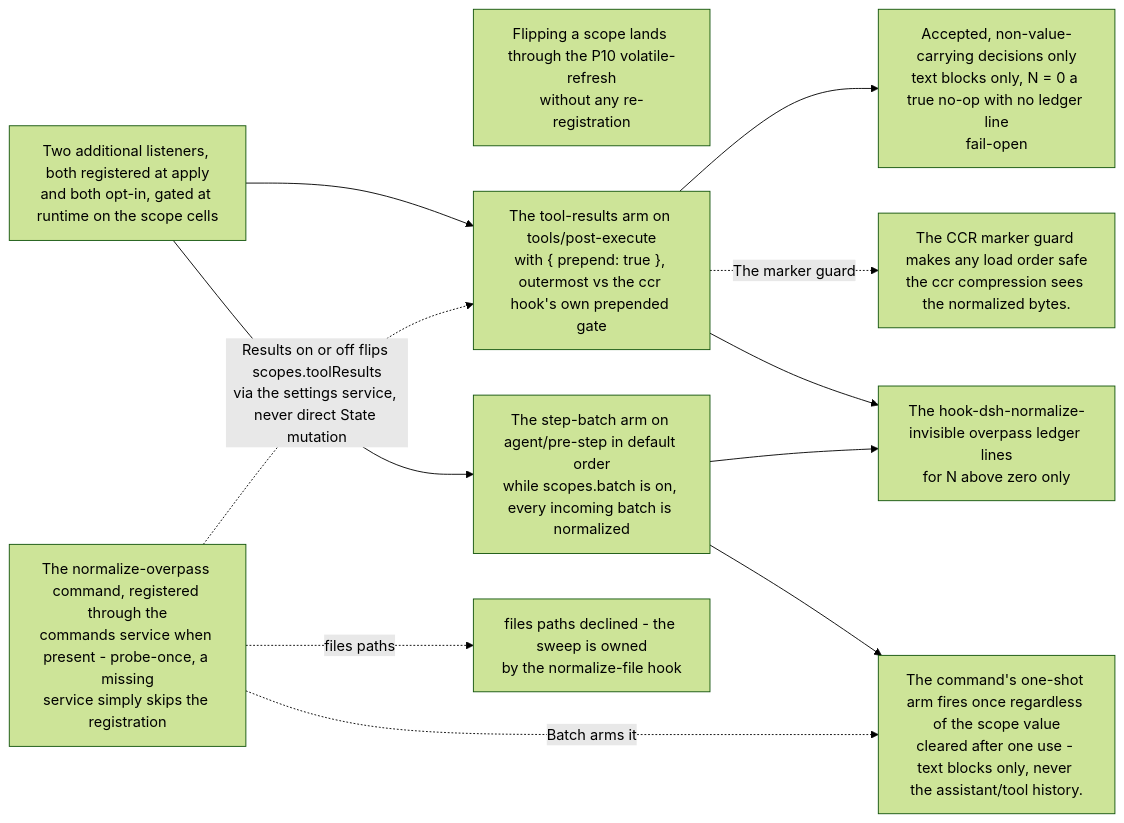
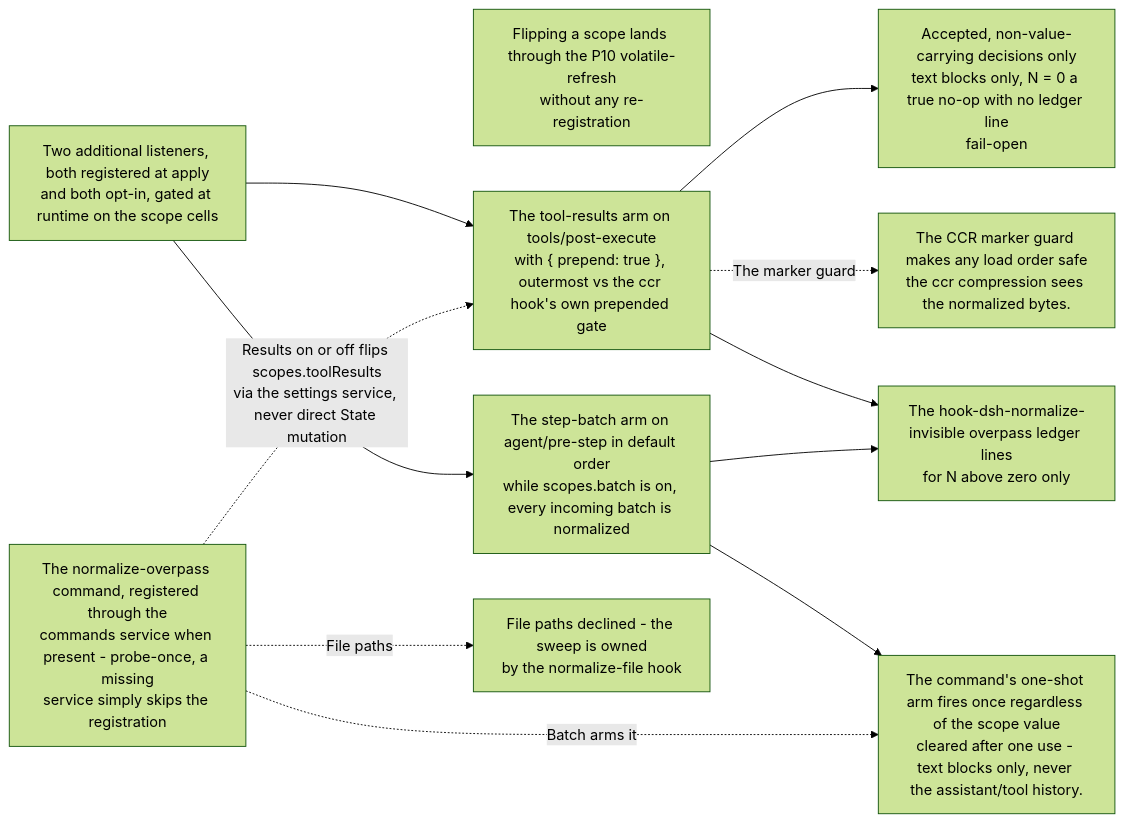
Before and after one commit to PlayForm/Site-DeepSeek: the diagram in Source/Content/Mermaid/invisible-overpass.mmd, drawn with Mermaid (forest theme). The commit also changed 80 other files, not shown here.

```diff
--- a/Source/Content/Mermaid/invisible-overpass.mmd
+++ b/Source/Content/Mermaid/invisible-overpass.mmd
@@ -1,24 +1,24 @@
 flowchart LR
 	APPLY["Two additional listeners, both registered at apply<br/>and both opt-in, gated at runtime on the scope cells"]
 	FLIP["Flipping a scope lands through the P10 volatile-refresh<br/>without any re-registration"]
 	TRES["The tool-results arm on tools/post-execute<br/>with { prepend: true }, outermost vs the ccr hook's own prepended gate"]
 	CCRGUARD["The CCR marker guard makes any load order safe<br/>the ccr compression sees the normalized bytes."]
 	RULES["Accepted, non-value-carrying decisions only<br/>text blocks only, N = 0 a true no-op with no ledger line<br/>fail-open"]
 	BATCH["The step-batch arm on agent/pre-step in default order<br/>while scopes.batch is on, every incoming batch is normalized"]
 	ONESHOT["The command's one-shot arm fires once regardless of the scope value<br/>cleared after one use - text blocks only, never the assistant/tool history."]
 	LEDGER["The hook-dsh-normalize-invisible overpass ledger lines<br/>for N above zero only"]
 	CMD["The normalize-overpass command, registered through the<br/>commands service when present - probe-once, a missing<br/>service simply skips the registration"]
-	DECLINE["files paths declined - the sweep is owned<br/>by the normalize-file hook"]
+	DECLINE["File paths declined - the sweep is owned<br/>by the normalize-file hook"]
 	APPLY --> TRES
 	APPLY --> BATCH
 	APPLY ~~~ FLIP
 	TRES --> RULES
 	TRES -. "The marker guard" .-> CCRGUARD
 	TRES --> LEDGER
 	BATCH --> ONESHOT
 	BATCH --> LEDGER
 	CMD -. "Batch arms it" .-> ONESHOT
 	CMD -. "Results on or off flips scopes.toolResults<br/>via the settings service, never direct State mutation" .-> TRES
-	CMD -. "files paths" .-> DECLINE
+	CMD -. "File paths" .-> DECLINE
 
 %% Invisible layout links only - no semantics.
```
